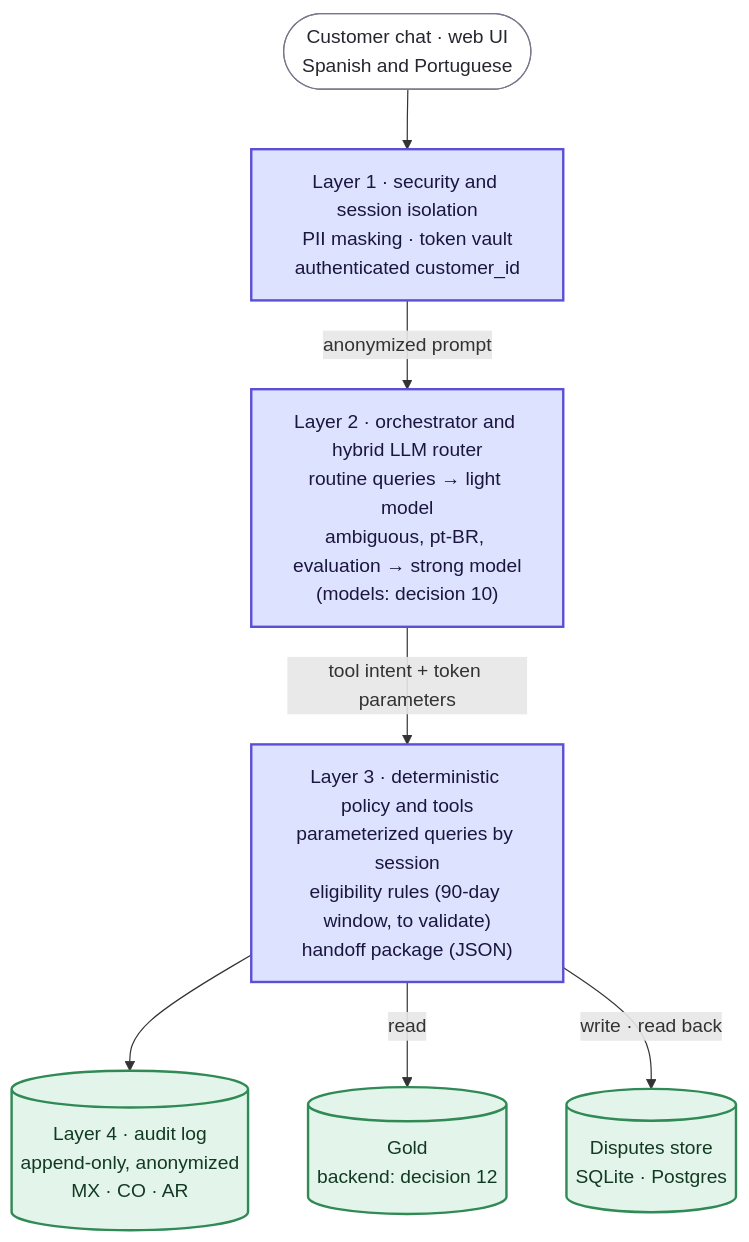
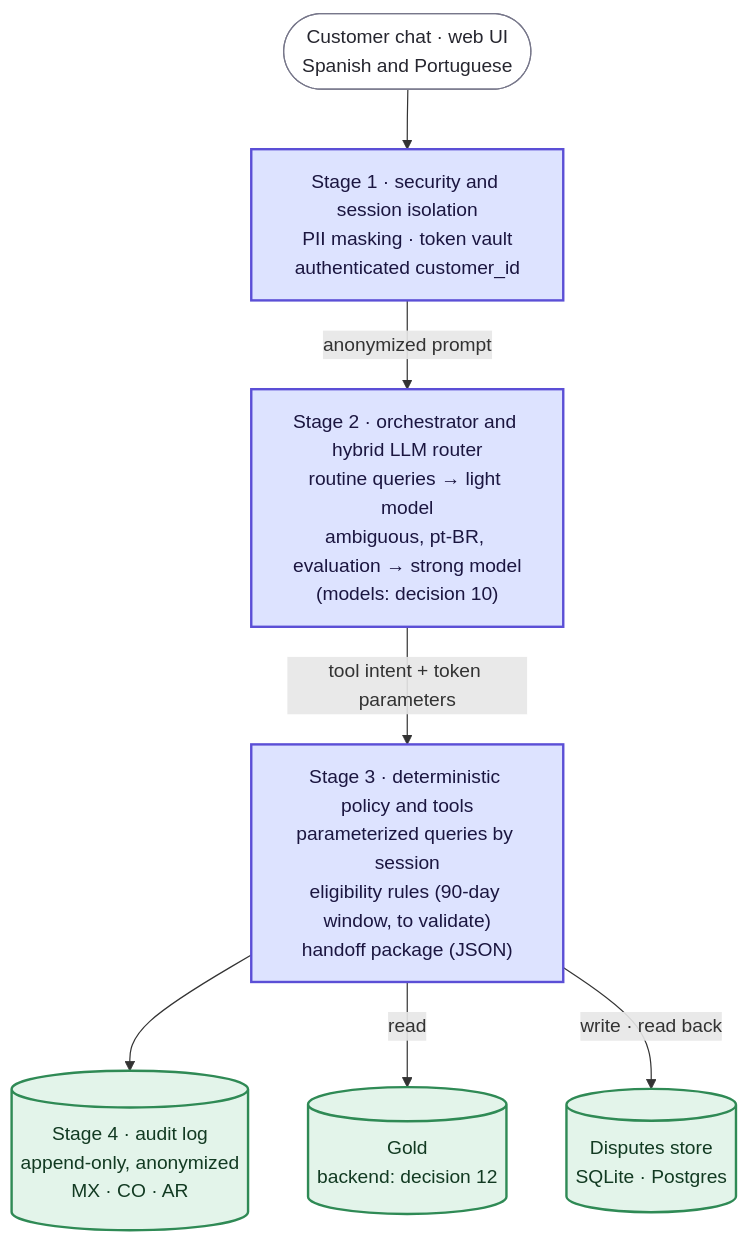
Before and after one commit to rdorta27/factored-hackathon-2026-sentinel-engine: the third of 5 diagrams in docs/build/architecture-roadmap.md, drawn with Mermaid. The commit also changed other lines of this file and 16 other files, not shown here.

````diff
--- a/docs/build/architecture-roadmap.md
+++ b/docs/build/architecture-roadmap.md
@@ -75,19 +75,19 @@
 ```mermaid
 flowchart TD
     ui(["Customer chat · web UI<br/>Spanish and Portuguese"]) --> l1
-    l1["Layer 1 · security and session isolation<br/>PII masking · token vault<br/>authenticated customer_id"] -- "anonymized prompt" --> l2
-    l2["Layer 2 · orchestrator and hybrid LLM router<br/>routine queries → light model<br/>ambiguous, pt-BR, evaluation → strong model<br/>(models: decision 10)"] -- "tool intent + token parameters" --> l3
-    l3["Layer 3 · deterministic policy and tools<br/>parameterized queries by session<br/>eligibility rules (90-day window, to validate)<br/>handoff package (JSON)"]
-    l3 --> l4[("Layer 4 · audit log<br/>append-only, anonymized<br/>MX · CO · AR")]
+    l1["Stage 1 · security and session isolation<br/>PII masking · token vault<br/>authenticated customer_id"] -- "anonymized prompt" --> l2
+    l2["Stage 2 · orchestrator and hybrid LLM router<br/>routine queries → light model<br/>ambiguous, pt-BR, evaluation → strong model<br/>(models: decision 10)"] -- "tool intent + token parameters" --> l3
+    l3["Stage 3 · deterministic policy and tools<br/>parameterized queries by session<br/>eligibility rules (90-day window, to validate)<br/>handoff package (JSON)"]
+    l3 --> l4[("Stage 4 · audit log<br/>append-only, anonymized<br/>MX · CO · AR")]
     l3 -- "read" --> gold[("Gold<br/>backend: decision 12")]
     l3 -- "write · read back" --> disputes[("Disputes store<br/>SQLite · Postgres")]
 
     classDef real fill:#dde3ff,stroke:#5b4fd6,stroke-width:2px,color:#1b1640
     classDef mock fill:#ffe9c7,stroke:#c77d12,stroke-width:2px,stroke-dasharray:6 4,color:#3a2a00
     classDef store fill:#e3f4ea,stroke:#2f8a55,stroke-width:2px,color:#123a22
     classDef proposed fill:#f1f1f4,stroke:#77778a,stroke-width:2px,stroke-dasharray:4 3,color:#26262f
     classDef ext fill:#ffffff,stroke:#77778a,stroke-width:1px,color:#26262f
     class ui ext
     class l1,l2,l3 real
     class l4,gold,disputes store
 ```
````
